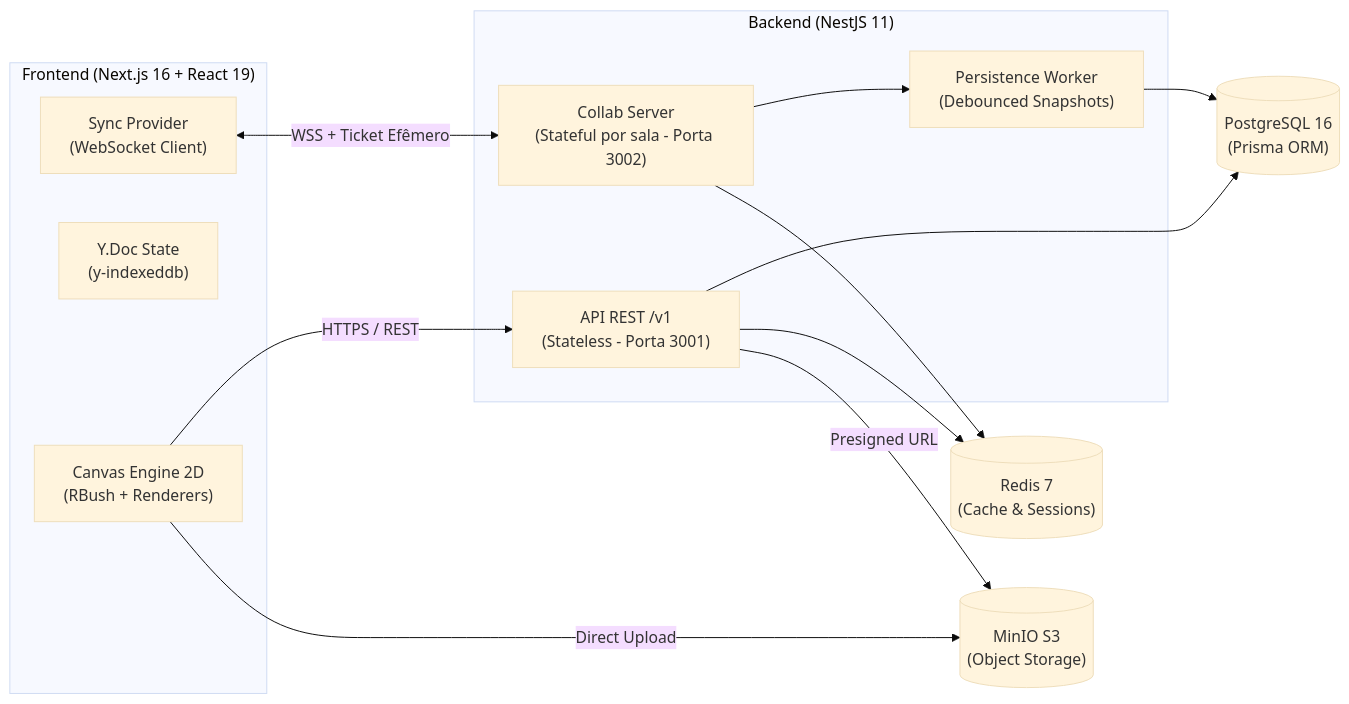
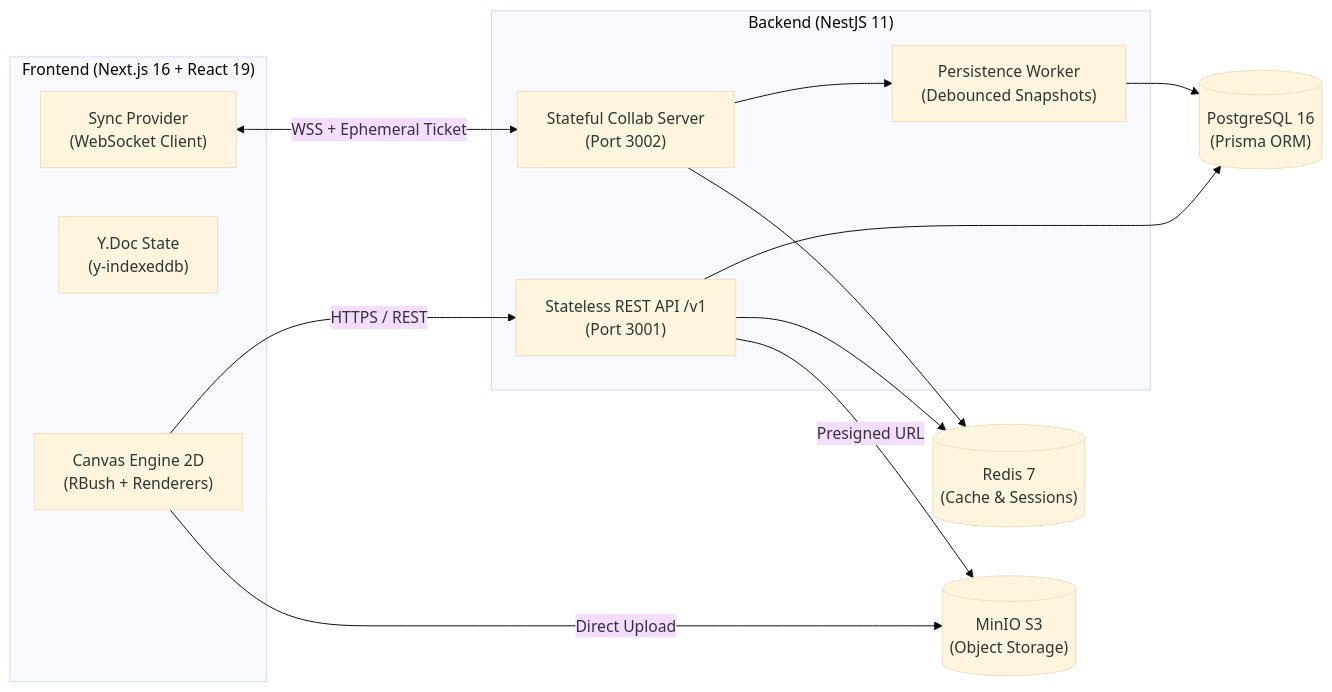
The diagram in README.md (GabrielFeijo/whiteboard), drawn with Mermaid (base theme) before and after one commit. The commit also changed other lines of this file and 21 other files, not shown here.

````diff
--- a/README.md
+++ b/README.md
@@ -47,27 +48,27 @@
 ```mermaid
 flowchart LR
   subgraph FE["Frontend (Next.js 16 + React 19)"]
     UI["Canvas Engine 2D<br/>(RBush + Renderers)"]
     YD["Y.Doc State<br/>(y-indexeddb)"]
     SP["Sync Provider<br/>(WebSocket Client)"]
   end
 
   subgraph BE["Backend (NestJS 11)"]
-    API["API REST /v1<br/>(Stateless - Porta 3001)"]
-    COL["Collab Server<br/>(Stateful por sala - Porta 3002)"]
+    API["Stateless REST API /v1<br/>(Port 3001)"]
+    COL["Stateful Collab Server<br/>(Port 3002)"]
     PW["Persistence Worker<br/>(Debounced Snapshots)"]
   end
 
   PG[("PostgreSQL 16<br/>(Prisma ORM)")]
   RD[("Redis 7<br/>(Cache & Sessions)")]
   S3[("MinIO S3<br/>(Object Storage)")]
 
   UI -->|HTTPS / REST| API
-  SP <-->|WSS + Ticket Efêmero| COL
+  SP <-->|WSS + Ephemeral Ticket| COL
   API --> PG
   API --> RD
   API -->|Presigned URL| S3
   COL --> RD
   COL --> PW --> PG
   UI -->|Direct Upload| S3
 ```
````
